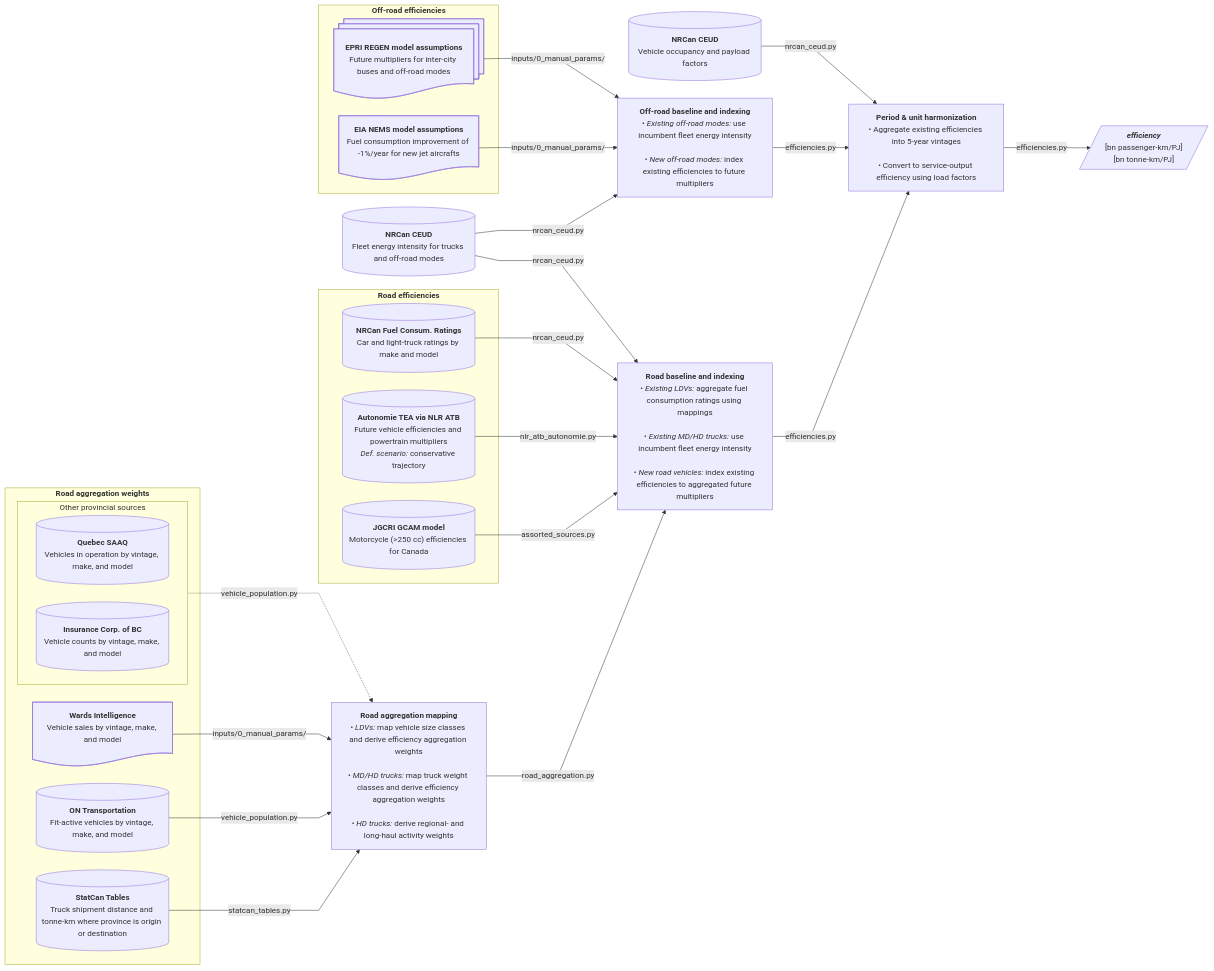
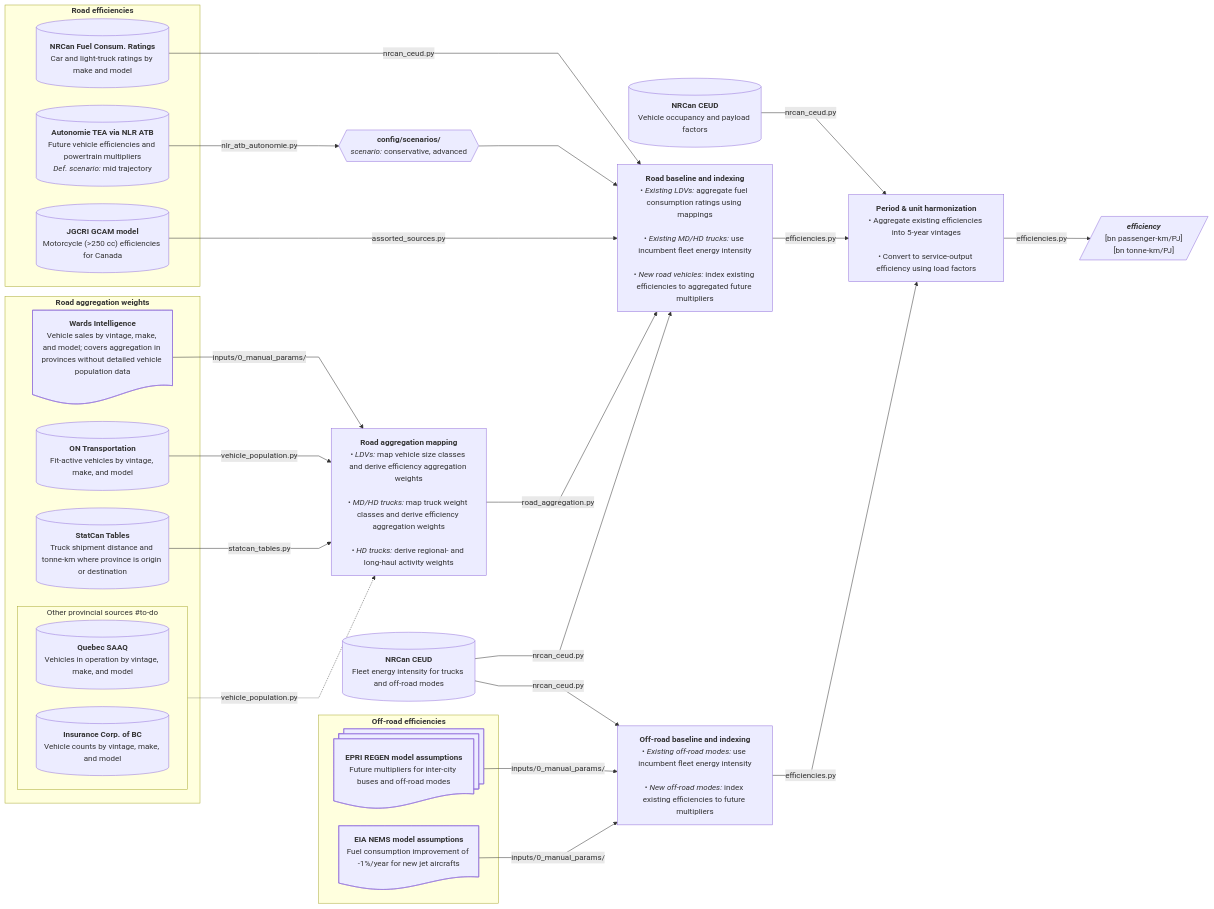
Before and after one commit to CANOE-main/canoe-transportation: the sixth of 9 diagrams in docs/etl_flowcharts.md, drawn with Mermaid. The commit also changed other lines of this file and 47 other files, not shown here.

````diff
--- a/docs/etl_flowcharts.md
+++ b/docs/etl_flowcharts.md
@@ -325,74 +328,75 @@
 ```mermaid
 ---
 config:
   layout: dagre
   flowchart:
     nodeSpacing: 35
     rankSpacing: 50
     wrappingWidth: 250
     curve: linear
 ---
 flowchart LR
   %% --- Sources ---
   subgraph agg["`**Road aggregation weights**`"]
-	  s3@{shape: doc, label: "**Wards Intelligence**<br>Vehicle sales by vintage, make, and model"}
+	  s3@{shape: doc, label: "**Wards Intelligence**<br>Vehicle sales by vintage, make, and model; covers aggregation in provinces without detailed vehicle population data"}
 	  s4[("`**ON Transportation**<br>Fit-active vehicles by vintage, make, and model`")]
 	  s10[("`**StatCan Tables**<br>Truck shipment distance and tonne-km where province is origin or destination`")]
-	  subgraph expansion["`Other provincial sources`"]
+	  subgraph expansion["`Other provincial sources #to-do`"]
       direction LR
 	    s5[("`**Quebec SAAQ**<br>Vehicles in operation by vintage, make, and model`")]
 	    s6[("`**Insurance Corp. of BC**<br>Vehicle counts by vintage, make, and model`")]
 	  end
   end
   subgraph road["`**Road efficiencies**`"]
 	  s1[("`**NRCan Fuel Consum. Ratings**<br>Car and light-truck ratings by make and model`")]
-	  s2[("`**Autonomie TEA via NLR ATB**<br>Future vehicle efficiencies and powertrain multipliers<br>*Def. scenario:* conservative trajectory`")]
+	  s2[("`**Autonomie TEA via NLR ATB**<br>Future vehicle efficiencies and powertrain multipliers<br>*Def. scenario:* mid trajectory`")]
 	  s2_2[("`**JGCRI GCAM model**<br>Motorcycle (>250 cc) efficiencies for Canada`")]
   end
   subgraph off["`**Off-road efficiencies**`"]
 	  s7@{shape: docs, label: "**EPRI REGEN model assumptions**<br>Future multipliers for inter-city buses and off-road modes"}
 	  s8@{shape: doc, label: "**EIA NEMS model assumptions**<br>Fuel consumption improvement of -1%/year for new jet aircrafts"}
   end
   s0[("`**NRCan CEUD**<br>Fleet energy intensity for trucks and off-road modes`")]
   s9[("`**NRCan CEUD**<br>Vehicle occupancy and payload factors`")]
 
   %% --- Processes ---
   p0["`**Road aggregation mapping**<br>• *LDVs:* map vehicle size classes and derive efficiency aggregation weights<br><br>• *MD/HD trucks:* map truck weight classes and derive efficiency aggregation weights<br><br>• *HD trucks:* derive regional- and long-haul activity weights`"]
-	  s3 -- inputs/0_manual_params/ --> p0
+	s3 -- inputs/0_manual_params/ --> p0
   s4 -- vehicle_population.py --> p0
   expansion -. "vehicle_population.py" .-> p0
   s10 -- statcan_tables.py --> p0
-
+  
+  p0_2@{shape: hex, label: "**config/scenarios/**<br>*scenario:* conservative, advanced"}
   p2["`**Road baseline and indexing**<br>• *Existing LDVs:* aggregate fuel consumption ratings using mappings<br><br>• *Existing MD/HD trucks:* use incumbent fleet energy intensity<br><br>• *New road vehicles:* index existing efficiencies to aggregated future multipliers`"]
   s1 -- nrcan_ceud.py --> p2
-  s2 -- nlr_atb_autonomie.py --> p2
+  s2 -- nlr_atb_autonomie.py --> p0_2 --> p2
   s2_2 -- assorted_sources.py --> p2
   p0 -- road_aggregation.py --> p2
 
+  s0 -- nrcan_ceud.py --> p2 & p3
   s9 -- nrcan_ceud.py --> p4
 
   p3["`**Off-road baseline and indexing**<br>• *Existing off-road modes:* use incumbent fleet energy intensity<br><br>• *New off-road modes:* index existing efficiencies to future multipliers`"]
   s7 -- inputs/0_manual_params/ --> p3
   s8 -- inputs/0_manual_params/ --> p3
 
-  s0 -- nrcan_ceud.py --> p2 & p3
 
   p4["`**Period & unit harmonization**<br>• Aggregate existing efficiencies into 5-year vintages<br><br>• Convert to service-output efficiency using load factors`"]
   p2 -- efficiencies.py --> p4
   p3 -- efficiencies.py --> p4
 
   p4 -- efficiencies.py --> o1[/"`***efficiency***<br>[bn passenger-km/PJ]<br>[bn tonne-km/PJ]`"/]
 
   %% --- Hyperlinks ---
   click s6 "https://public.tableau.com/app/profile/icbc/viz/VehiclePopulationIntroPage/VehiclePopulationData"
   click s5 "https://www.donneesquebec.ca/recherche/dataset/vehicules-en-circulation"
   click s4 "https://data.ontario.ca/dataset/vehicle-population-data"
   click s9 "https://oee.nrcan.gc.ca/corporate/statistics/neud/dpa/menus/trends/comprehensive_tables/list.cfm"
   click s0 "https://oee.nrcan.gc.ca/corporate/statistics/neud/dpa/menus/trends/comprehensive_tables/list.cfm"
   click s7 "https://us-regen-docs.epri.com/v2025/assumptions/transportation.html#non-road-vehicles"
   click s8 "https://www.eia.gov/outlooks/aeo/assumptions/pdf/TDM_Assumptions.pdf"
   click s2 "https://atb.nlr.gov/transportation/2024/data"
   click s1 "https://open.canada.ca/data/en/dataset/98f1a129-f628-4ce4-b24d-6f16bf24dd64"
   click s10 "https://doi.org/10.25318/2310014201-eng"
   click s2_2 "https://github.com/JGCRI/gcam-core/tree/master/input/gcamdata/inst/extdata/energy"
 ```
````
